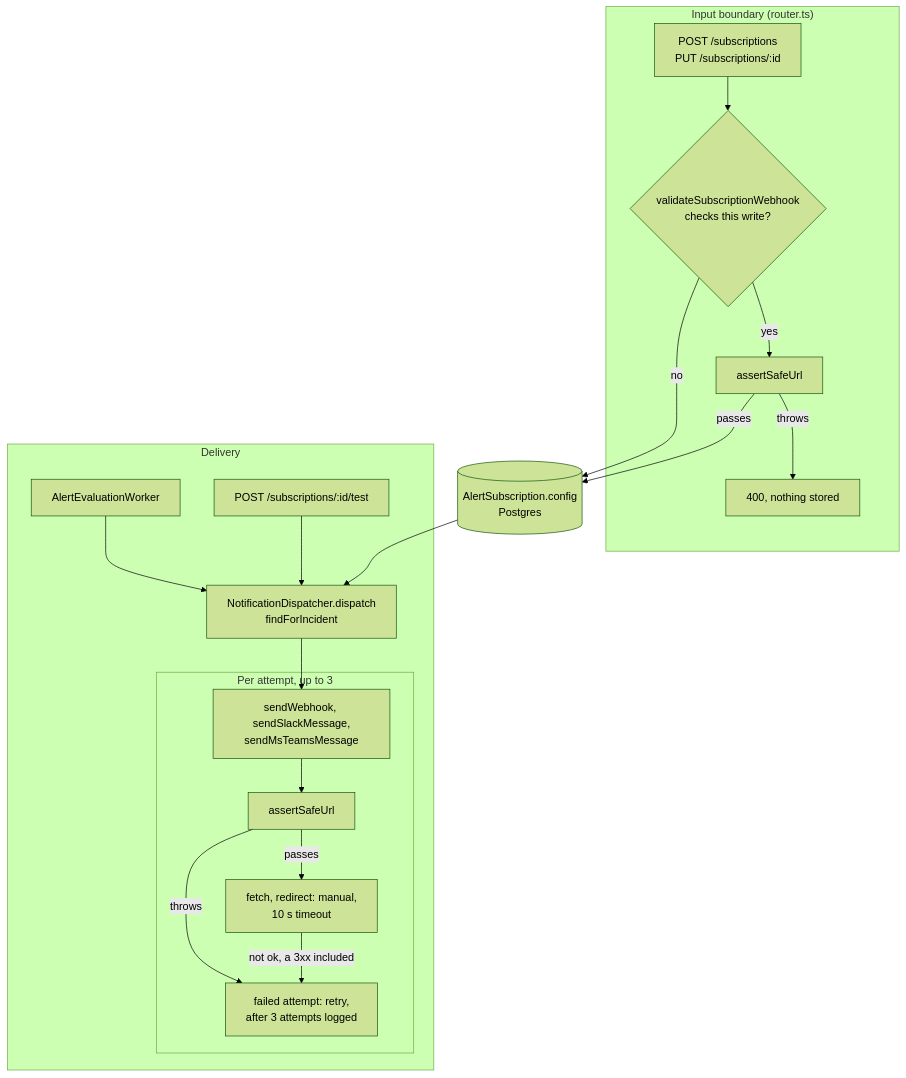
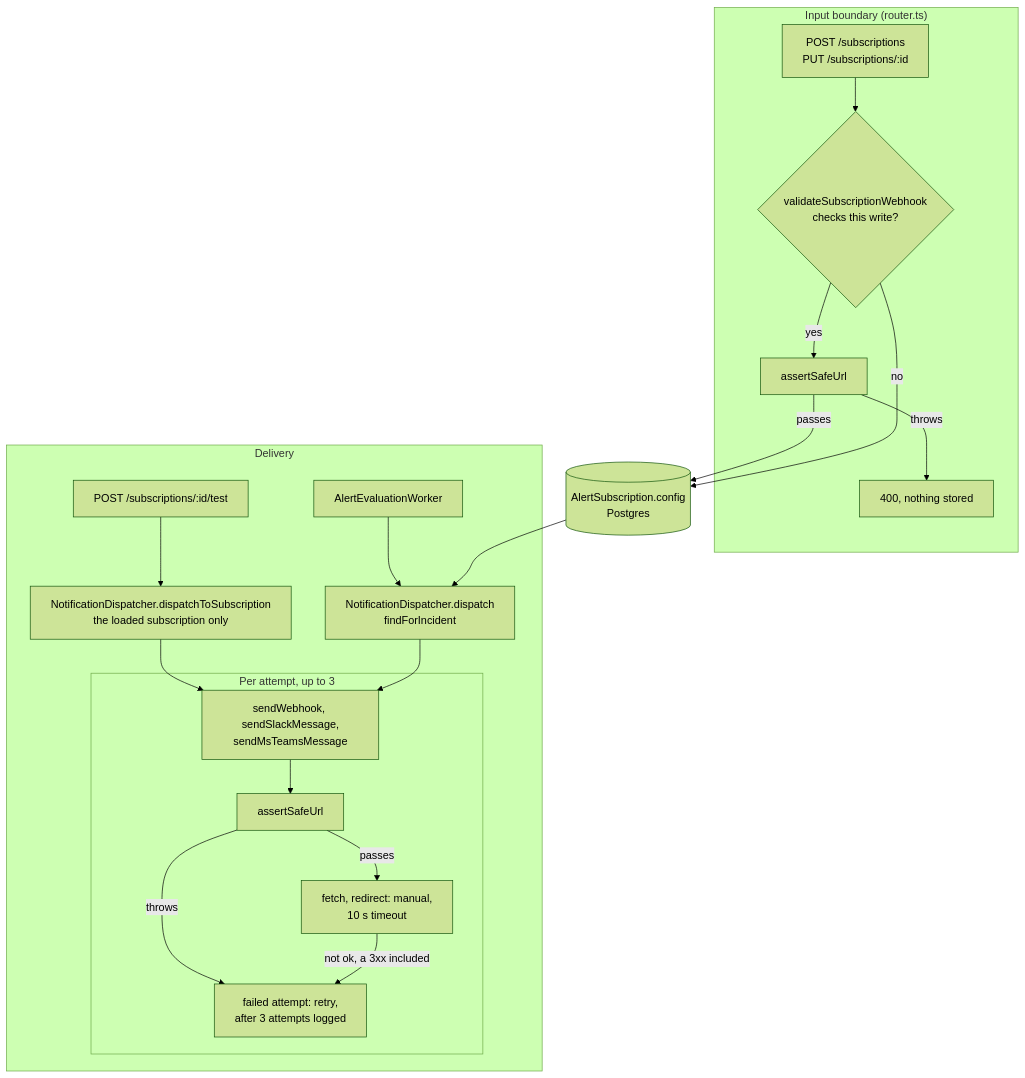
Before and after one commit to LanNguyenSi/telerithm: the diagram in docs/okf/notification-delivery-trust-boundary.md, drawn with Mermaid (forest theme). The commit also changed other lines of this file and 21 other files, not shown here.

First line of the commit message:
fix(notifications): subscription test notifies only the caller's subscription (#183)

````diff
--- a/docs/okf/notification-delivery-trust-boundary.md
+++ b/docs/okf/notification-delivery-trust-boundary.md
@@ -40,22 +41,23 @@
 ```mermaid
 flowchart TD
   subgraph input["Input boundary (router.ts)"]
     W["POST /subscriptions<br/>PUT /subscriptions/:id"] --> V{"validateSubscriptionWebhook<br/>checks this write?"}
     V -->|yes| A1["assertSafeUrl"]
     A1 -->|throws| R400["400, nothing stored"]
   end
   A1 -->|passes| DB[("AlertSubscription.config<br/>Postgres")]
   V -->|no| DB
   subgraph delivery["Delivery"]
     AW["AlertEvaluationWorker"] --> F["NotificationDispatcher.dispatch<br/>findForIncident"]
-    TR["POST /subscriptions/:id/test"] --> F
+    TR["POST /subscriptions/:id/test"] --> TD["NotificationDispatcher.dispatchToSubscription<br/>the loaded subscription only"]
+    TD --> S
     F --> S
     subgraph attempt["Per attempt, up to 3"]
       S["sendWebhook, sendSlackMessage,<br/>sendMsTeamsMessage"] --> A2["assertSafeUrl"]
       A2 -->|passes| X["fetch, redirect: manual,<br/>10 s timeout"]
       A2 -->|throws| RT["failed attempt: retry,<br/>after 3 attempts logged"]
       X -->|"not ok, a 3xx included"| RT
     end
   end
   DB --> F
 ```
````
